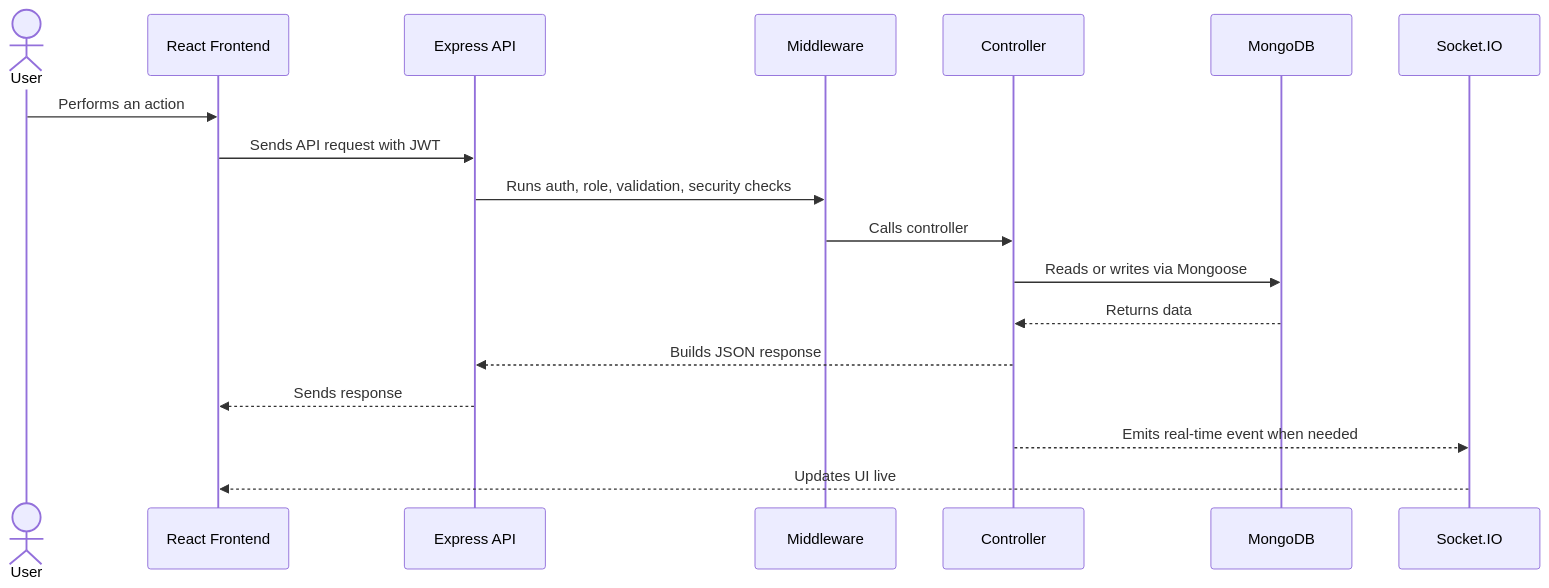
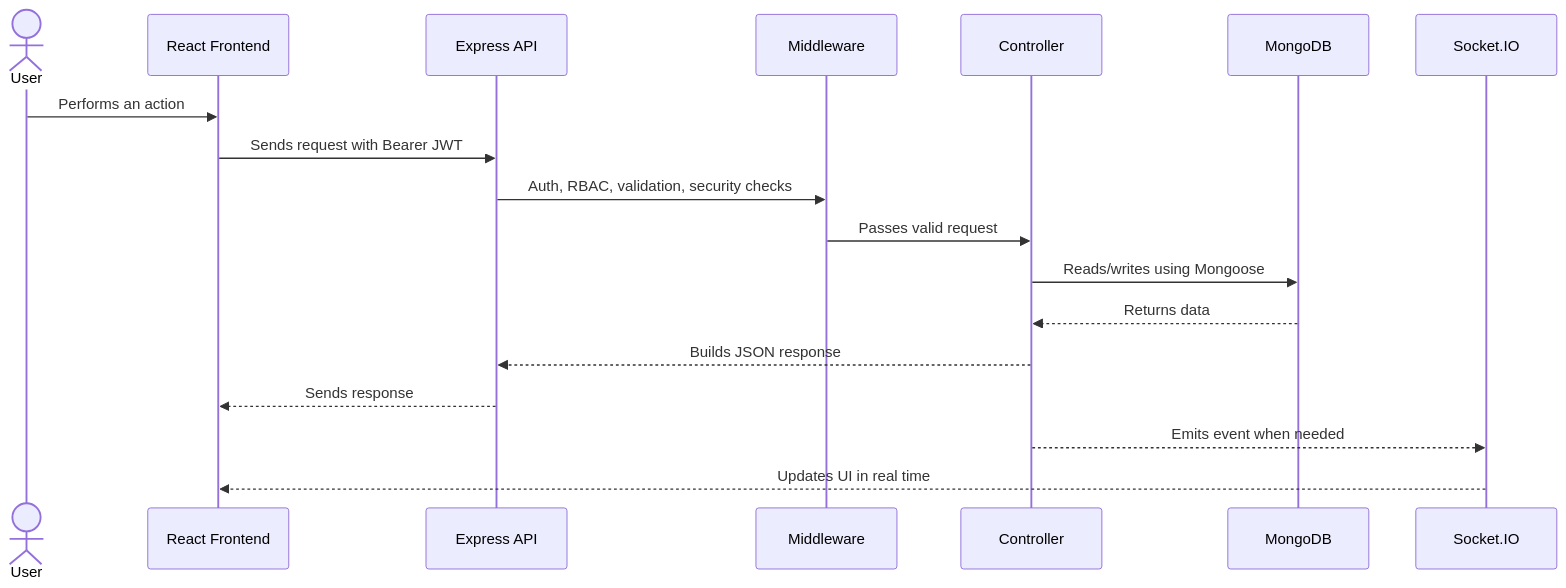
One commit to Jeyasaravanan18/Project-and-Workflow-Management-System changed the second of 4 diagrams in README.md. Above: the diagram before and after it, drawn with Mermaid. The commit also changed other lines of this file, not shown here.

````diff
--- a/README.md
+++ b/README.md
@@ -57,21 +93,21 @@
 ```mermaid
 sequenceDiagram
-    actor U as User
-    participant FE as React Frontend
+    actor User
+    participant Frontend as React Frontend
     participant API as Express API
-    participant MW as Middleware
-    participant C as Controller
-    participant DB as MongoDB
-    participant RT as Socket.IO
+    participant Middleware
+    participant Controller
+    participant Database as MongoDB
+    participant Socket as Socket.IO
 
-    U->>FE: Performs an action
-    FE->>API: Sends API request with JWT
-    API->>MW: Runs auth, role, validation, security checks
-    MW->>C: Calls controller
-    C->>DB: Reads or writes via Mongoose
-    DB-->>C: Returns data
-    C-->>API: Builds JSON response
-    API-->>FE: Sends response
-    C-->>RT: Emits real-time event when needed
-    RT-->>FE: Updates UI live
+    User->>Frontend: Performs an action
+    Frontend->>API: Sends request with Bearer JWT
+    API->>Middleware: Auth, RBAC, validation, security checks
+    Middleware->>Controller: Passes valid request
+    Controller->>Database: Reads/writes using Mongoose
+    Database-->>Controller: Returns data
+    Controller-->>API: Builds JSON response
+    API-->>Frontend: Sends response
+    Controller-->>Socket: Emits event when needed
+    Socket-->>Frontend: Updates UI in real time
 ```
````
